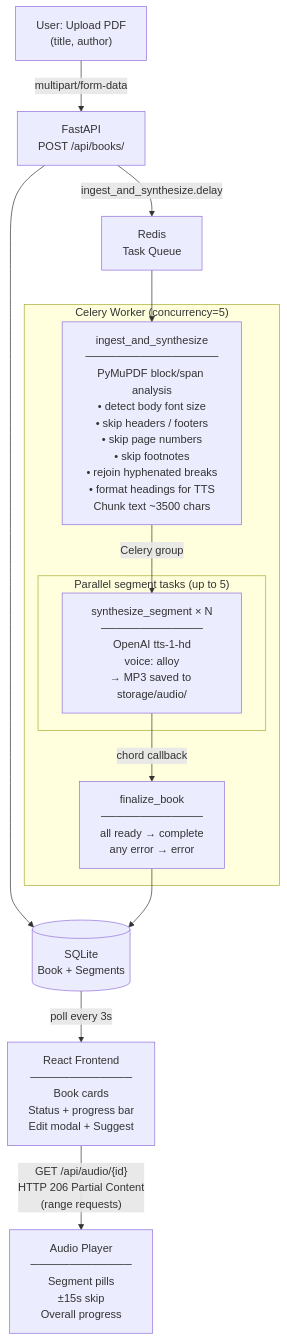
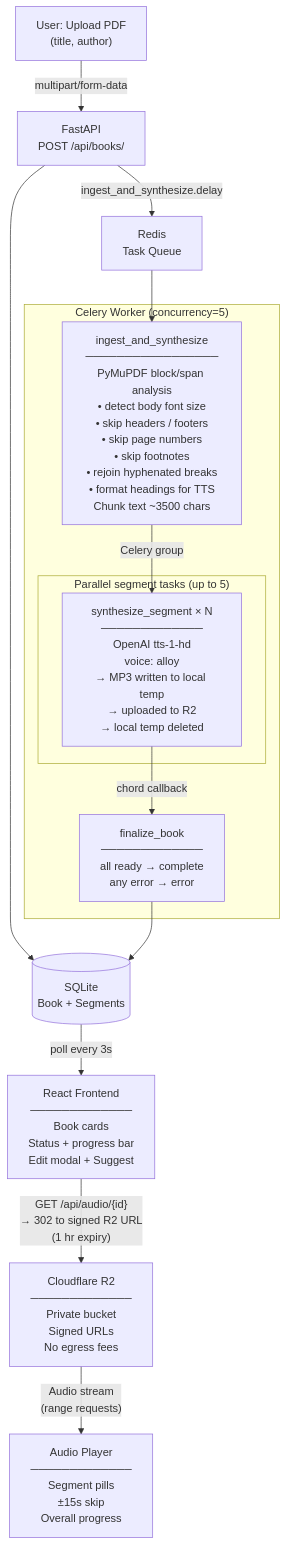
One commit to antispiraldev/AudioBookLib changed the diagram in PIPELINE.md. Above: the diagram before and after it, drawn with Mermaid. The commit also changed other lines of this file and 6 other files, not shown here.

First line of the commit message:
feat: Cloudflare R2 storage for audio files

````diff
--- a/PIPELINE.md
+++ b/PIPELINE.md
@@ -3,31 +3,33 @@
 ```mermaid
 flowchart TD
     Upload["User: Upload PDF\n(title, author)"]
     API["FastAPI\nPOST /api/books/"]
     DB[("SQLite\nBook + Segments")]
     Queue["Redis\nTask Queue"]
 
     Upload -->|multipart/form-data| API
     API --> DB
     API -->|ingest_and_synthesize.delay| Queue
 
     Queue --> Ingest
 
     subgraph Worker ["Celery Worker (concurrency=5)"]
         Ingest["ingest_and_synthesize\n─────────────────\nPyMuPDF block/span analysis\n• detect body font size\n• skip headers / footers\n• skip page numbers\n• skip footnotes\n• rejoin hyphenated breaks\n• format headings for TTS\nChunk text ~3500 chars"]
         Ingest -->|"Celery group"| Synth
 
         subgraph Parallel ["Parallel segment tasks (up to 5)"]
-            Synth["synthesize_segment × N\n─────────────\nOpenAI tts-1-hd\nvoice: alloy\n→ MP3 saved to storage/audio/"]
+            Synth["synthesize_segment × N\n─────────────\nOpenAI tts-1-hd\nvoice: alloy\n→ MP3 written to local temp\n→ uploaded to R2\n→ local temp deleted"]
         end
 
         Synth -->|"chord callback"| Finalize
         Finalize["finalize_book\n─────────────\nall ready → complete\nany error  → error"]
     end
 
     Finalize --> DB
 
     DB -->|"poll every 3s"| Frontend
     Frontend["React Frontend\n─────────────\nBook cards\nStatus + progress bar\nEdit modal + Suggest"]
-    Frontend -->|"GET /api/audio/{id}\nHTTP 206 Partial Content\n(range requests)"| Player["Audio Player\n─────────────\nSegment pills\n±15s skip\nOverall progress"]
+    Frontend -->|"GET /api/audio/{id}\n→ 302 to signed R2 URL\n(1 hr expiry)"| R2
+    R2["Cloudflare R2\n─────────────\nPrivate bucket\nSigned URLs\nNo egress fees"]
+    R2 -->|"Audio stream\n(range requests)"| Player["Audio Player\n─────────────\nSegment pills\n±15s skip\nOverall progress"]
 ```
````
